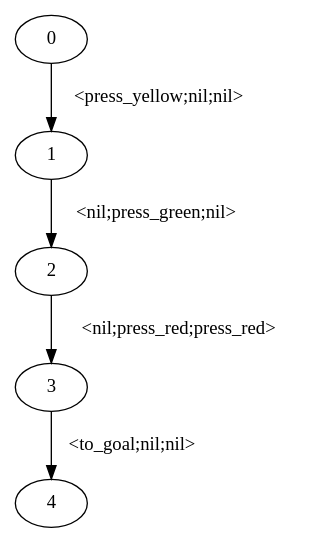
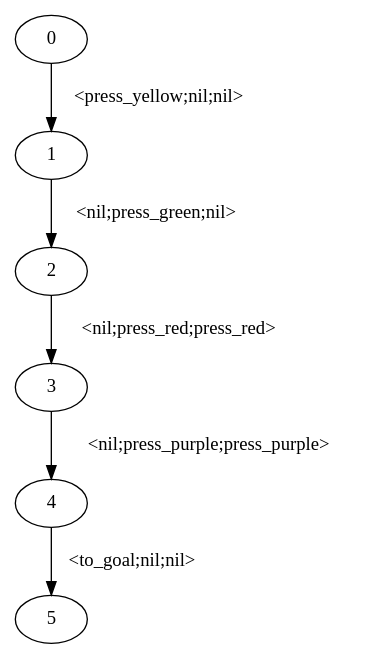
The diagram in code/formula1.dot (fb1n15/SynthesisingRMs_MARL), drawn with Graphviz before and after one commit. The commit also changed 11 other files, not shown here.

```diff
--- a/code/formula1.dot
+++ b/code/formula1.dot
@@ -1,11 +1,13 @@
 digraph witness0 {
  0 [label="0",shape=ellipse]
  1 [label="1",shape=ellipse]
  2 [label="2",shape=ellipse]
  3 [label="3",shape=ellipse]
  4 [label="4",shape=ellipse]
+ 5 [label="5",shape=ellipse]
     0 -> 1[label="<press_yellow;nil;nil>"]
     1 -> 2[label="<nil;press_green;nil>"]
     2 -> 3[label="<nil;press_red;press_red>"]
-    3 -> 4[label="<to_goal;nil;nil>"]
+    3 -> 4[label="<nil;press_purple;press_purple>"]
+    4 -> 5[label="<to_goal;nil;nil>"]
 }
```
